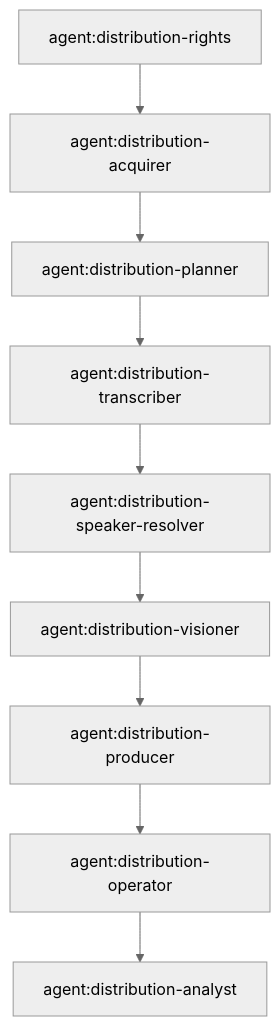
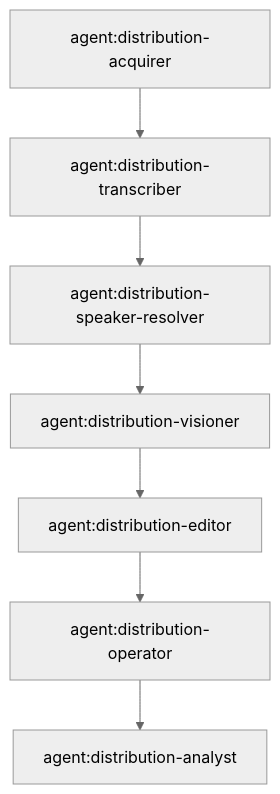
Before and after one commit to lalalic/neo: the diagram in content-distribution/graph.mmd, drawn with Mermaid (neutral theme). The commit also changed 25 other files, not shown here.

Commit message:
refactor(content-distribution): consolidate rights and strategy into 7-agent editor DAG

```diff
--- a/content-distribution/graph.mmd
+++ b/content-distribution/graph.mmd
@@ -1,9 +1,7 @@
 flowchart TD
-    rights[agent:distribution-rights] --> acquire[agent:distribution-acquirer]
-    acquire --> plan[agent:distribution-planner]
-    plan --> stt[agent:distribution-transcriber]
+    acquire[agent:distribution-acquirer] --> stt[agent:distribution-transcriber]
     stt --> speakers[agent:distribution-speaker-resolver]
     speakers --> vision[agent:distribution-visioner]
-    vision --> produce[agent:distribution-producer]
-    produce --> release[agent:distribution-operator]
+    vision --> edit[agent:distribution-editor]
+    edit --> release[agent:distribution-operator]
     release --> measure[agent:distribution-analyst]
```
